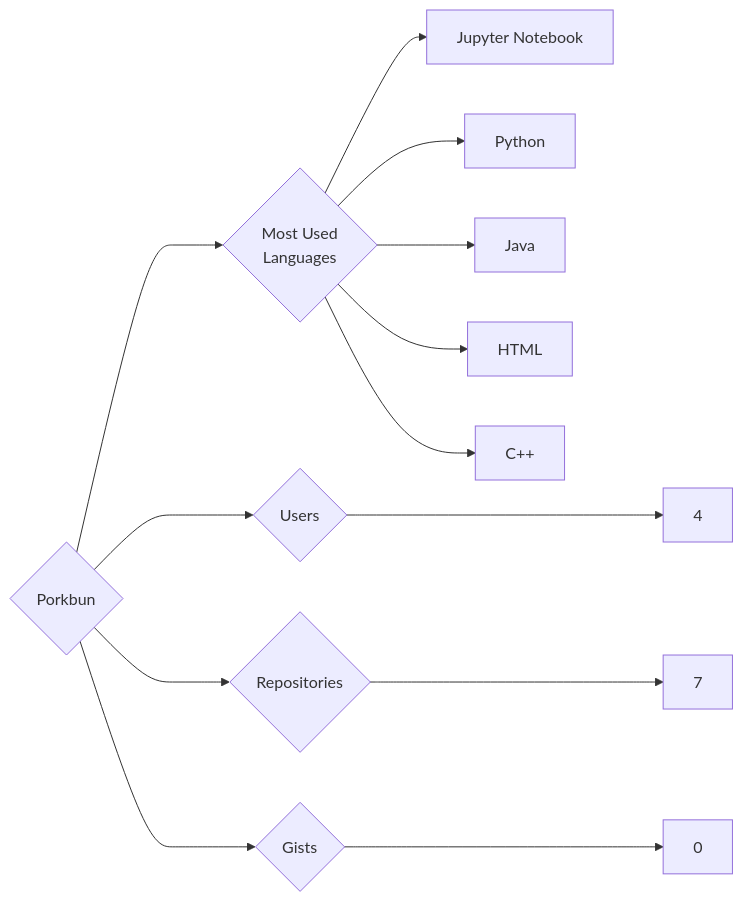
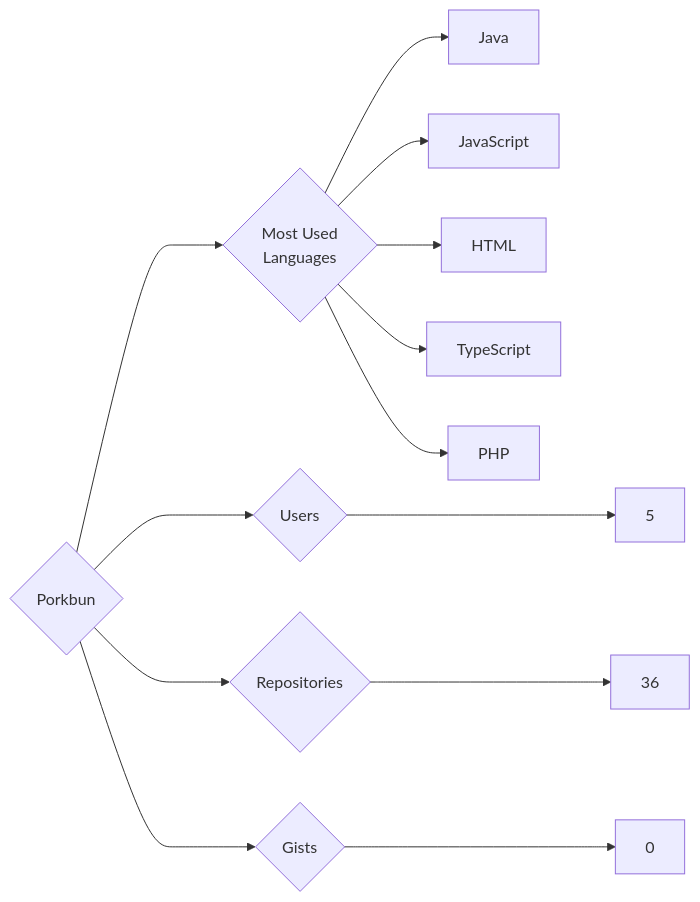
One commit to trickest/insiders changed the diagram in targets/Porkbun/README.md. Above: the diagram before and after it, drawn with Mermaid. The commit also changed 1508 other files, not shown here.

````diff
--- a/targets/Porkbun/README.md
+++ b/targets/Porkbun/README.md
@@ -3,13 +3,13 @@
 ```mermaid
 graph LR
 COMPANY_NAME{Porkbun}
-COMPANY_NAME ---> U{Users} ---> UN[4]
-COMPANY_NAME ---> R{Repositories} ---> RN[7]
+COMPANY_NAME ---> U{Users} ---> UN[5]
+COMPANY_NAME ---> R{Repositories} ---> RN[36]
 COMPANY_NAME ---> G{Gists} ---> GN[0]
 COMPANY_NAME ---> ML{Most Used<br>Languages}
-ML --> Jupyter_Notebook[Jupyter Notebook]
-ML --> Python[Python]
 ML --> Java[Java]
+ML --> JavaScript[JavaScript]
 ML --> HTML[HTML]
-ML --> C++[C++]
+ML --> TypeScript[TypeScript]
+ML --> PHP[PHP]
 ```
````
